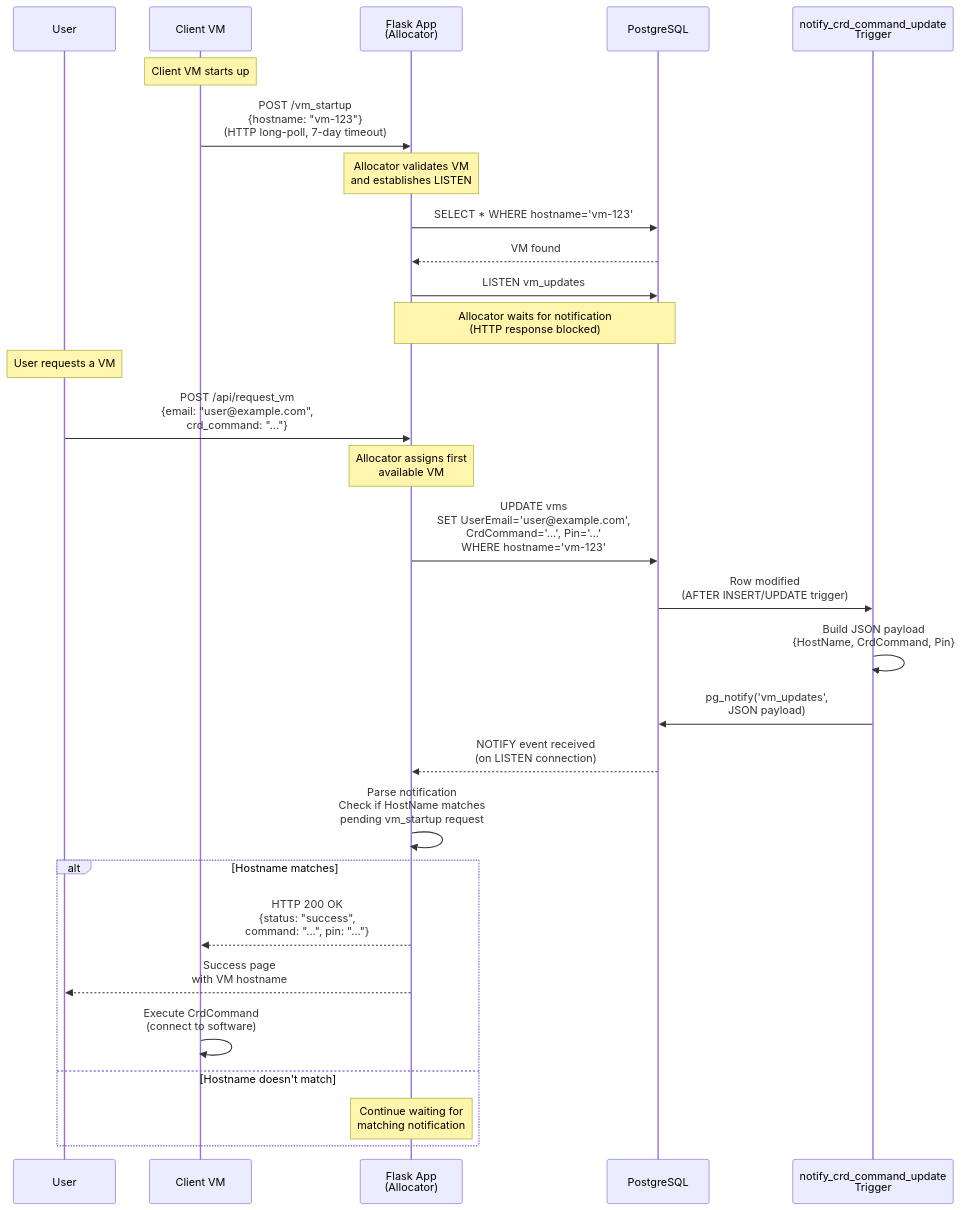
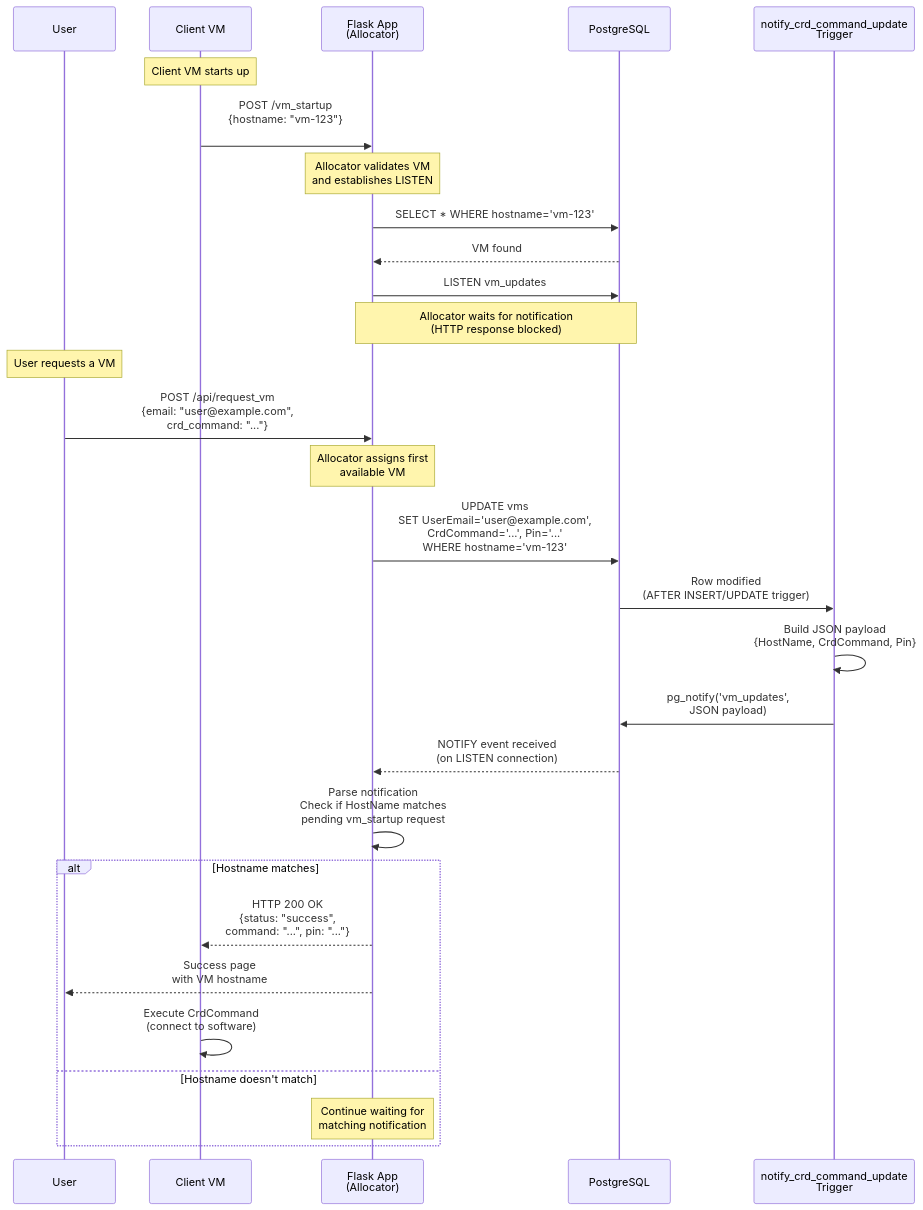
The second of 2 diagrams in docs/database.md (talmolab/lablink), drawn with Mermaid before and after one commit. The commit also changed other lines of this file and 2 other files, not shown here.

````diff
--- a/docs/database.md
+++ b/docs/database.md
@@ -151,47 +151,47 @@
 ```mermaid
 sequenceDiagram
     participant User
     participant Client as Client VM
     participant Flask as Flask App<br/>(Allocator)
     participant DB as PostgreSQL
     participant Trigger as notify_crd_command_update<br/>Trigger
 
     Note over Client: Client VM starts up
 
-    Client->>Flask: POST /vm_startup<br/>{hostname: "vm-123"}<br/>(HTTP long-poll, 7-day timeout)
+    Client->>Flask: POST /vm_startup<br/>{hostname: "vm-123"}<br/>
 
     Note over Flask: Allocator validates VM<br/>and establishes LISTEN
 
     Flask->>DB: SELECT * WHERE hostname='vm-123'
     DB-->>Flask: VM found
 
     Flask->>DB: LISTEN vm_updates
 
     Note over Flask,DB: Allocator waits for notification<br/>(HTTP response blocked)
 
     Note over User: User requests a VM
 
     User->>Flask: POST /api/request_vm<br/>{email: "user@example.com",<br/>crd_command: "..."}
 
     Note over Flask: Allocator assigns first<br/>available VM
 
     Flask->>DB: UPDATE vms<br/>SET UserEmail='user@example.com',<br/>CrdCommand='...', Pin='...'<br/>WHERE hostname='vm-123'
 
     DB->>Trigger: Row modified<br/>(AFTER INSERT/UPDATE trigger)
 
     Trigger->>Trigger: Build JSON payload<br/>{HostName, CrdCommand, Pin}
 
     Trigger->>DB: pg_notify('vm_updates',<br/>JSON payload)
 
     DB-->>Flask: NOTIFY event received<br/>(on LISTEN connection)
 
     Flask->>Flask: Parse notification<br/>Check if HostName matches<br/>pending vm_startup request
 
     alt Hostname matches
         Flask-->>Client: HTTP 200 OK<br/>{status: "success",<br/>command: "...", pin: "..."}
         Flask-->>User: Success page<br/>with VM hostname
         Client->>Client: Execute CrdCommand<br/>(connect to software)
     else Hostname doesn't match
         Note over Flask: Continue waiting for<br/>matching notification
     end
 ```
````
